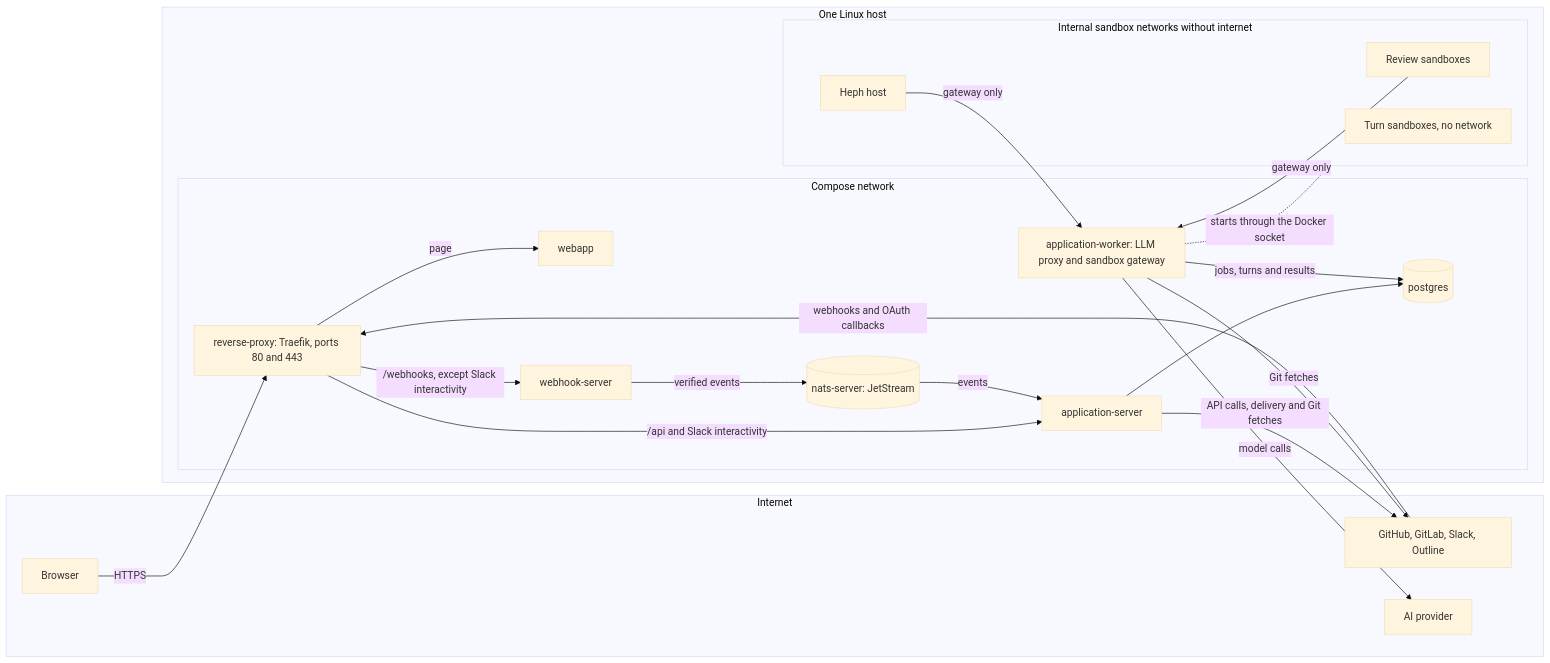
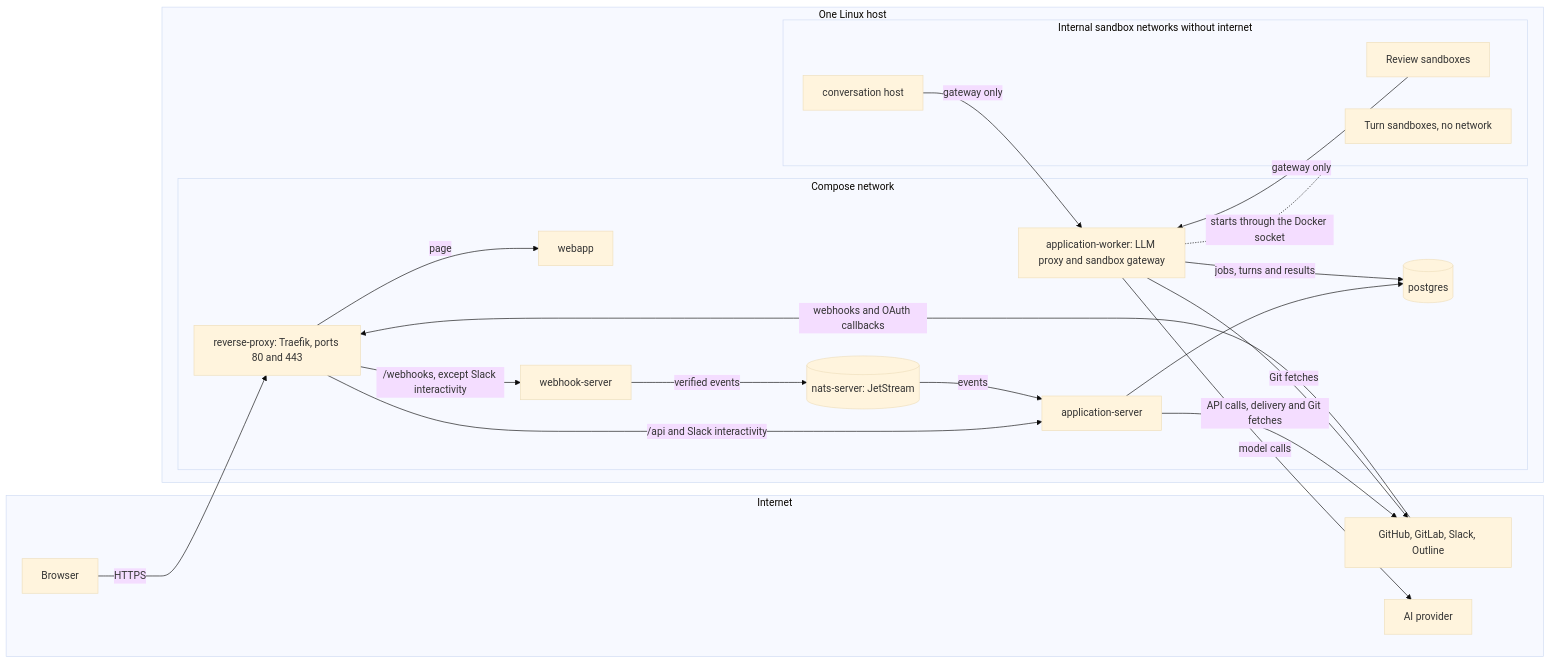
The diagram in docs/admin/overview.mdx (hephaestus-build/Hephaestus), drawn with Mermaid (base theme) before and after one commit. The commit also changed 385 other files, not shown here.

Commit message:
feat(webapp): name the conversation area Ask Hephaestus

````diff
--- a/docs/admin/overview.mdx
+++ b/docs/admin/overview.mdx
@@ -38,44 +38,44 @@
 ```mermaid
 flowchart LR
 accTitle: Self-hosted Hephaestus architecture and network
-accDescr: Browsers and provider webhooks reach the reverse proxy on ports 80 and 443, the only published ports. The proxy routes the page to the webapp, the API and Slack interactivity to the application server, and the other webhooks to the webhook server. The webhook server publishes verified events to NATS, which the application server consumes. The application server and the worker use PostgreSQL. The webhook server has no database. The worker starts sandboxes on internal networks through the Docker socket. Review sandboxes and the Heph host reach only the sandbox gateway of the worker. Turn sandboxes have no network. The server and the worker call the providers, and the worker's LLM proxy calls the AI provider.
+accDescr: Browsers and provider webhooks reach the reverse proxy on ports 80 and 443, the only published ports. The proxy routes the page to the webapp, the API and Slack interactivity to the application server, and the other webhooks to the webhook server. The webhook server publishes verified events to NATS, which the application server consumes. The application server and the worker use PostgreSQL. The webhook server has no database. The worker starts sandboxes on internal networks through the Docker socket. Review sandboxes and the conversation host reach only the sandbox gateway of the worker. Turn sandboxes have no network. The server and the worker call the providers, and the worker's LLM proxy calls the AI provider.
 
   subgraph Internet[Internet]
     Browser[Browser]
     Providers[GitHub, GitLab, Slack, Outline]
     AiProvider[AI provider]
   end
 
   subgraph HostMachine[One Linux host]
     subgraph SharedNetwork[Compose network]
       ReverseProxy[reverse-proxy: Traefik, ports 80 and 443]
       Webapp[webapp]
       Server[application-server]
       WebhookServer[webhook-server]
       Worker[application-worker: LLM proxy and sandbox gateway]
       Nats[(nats-server: JetStream)]
       Postgres[(postgres)]
     end
     subgraph SandboxNetworks[Internal sandbox networks without internet]
       ReviewSandbox[Review sandboxes]
-      HephHost[Heph host]
+      HephHost[conversation host]
       TurnSandbox[Turn sandboxes, no network]
     end
   end
 
   Browser -->|HTTPS| ReverseProxy
   Providers -->|webhooks and OAuth callbacks| ReverseProxy
   ReverseProxy -->|page| Webapp
   ReverseProxy -->|/api and Slack interactivity| Server
   ReverseProxy -->|/webhooks, except Slack interactivity| WebhookServer
   WebhookServer -->|verified events| Nats
   Nats -->|events| Server
   Server --> Postgres
   Worker -->|jobs, turns and results| Postgres
   Worker -.->|starts through the Docker socket| SandboxNetworks
   ReviewSandbox -->|gateway only| Worker
   HephHost -->|gateway only| Worker
   Server -->|API calls, delivery and Git fetches| Providers
   Worker -->|Git fetches| Providers
   Worker -->|model calls| AiProvider
 ```
````
